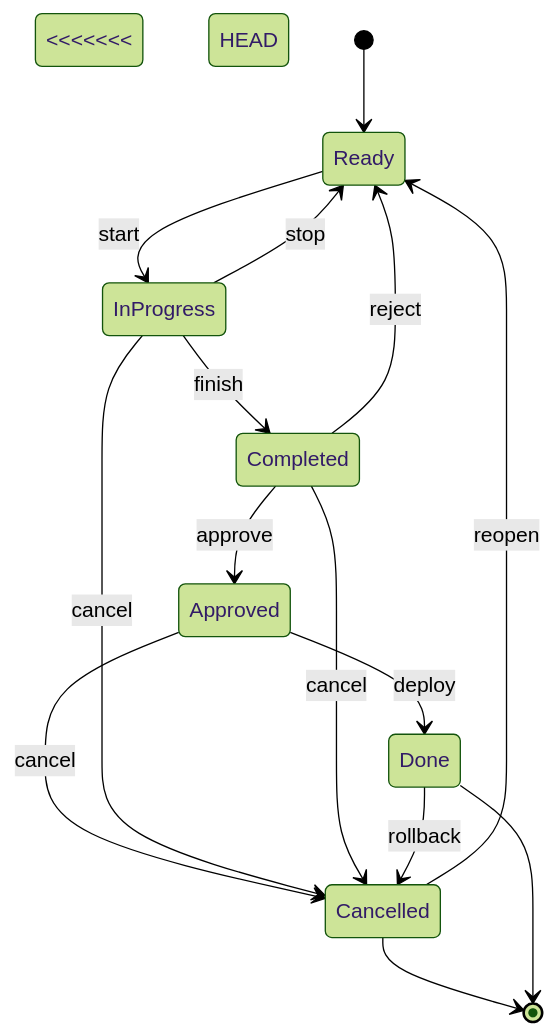
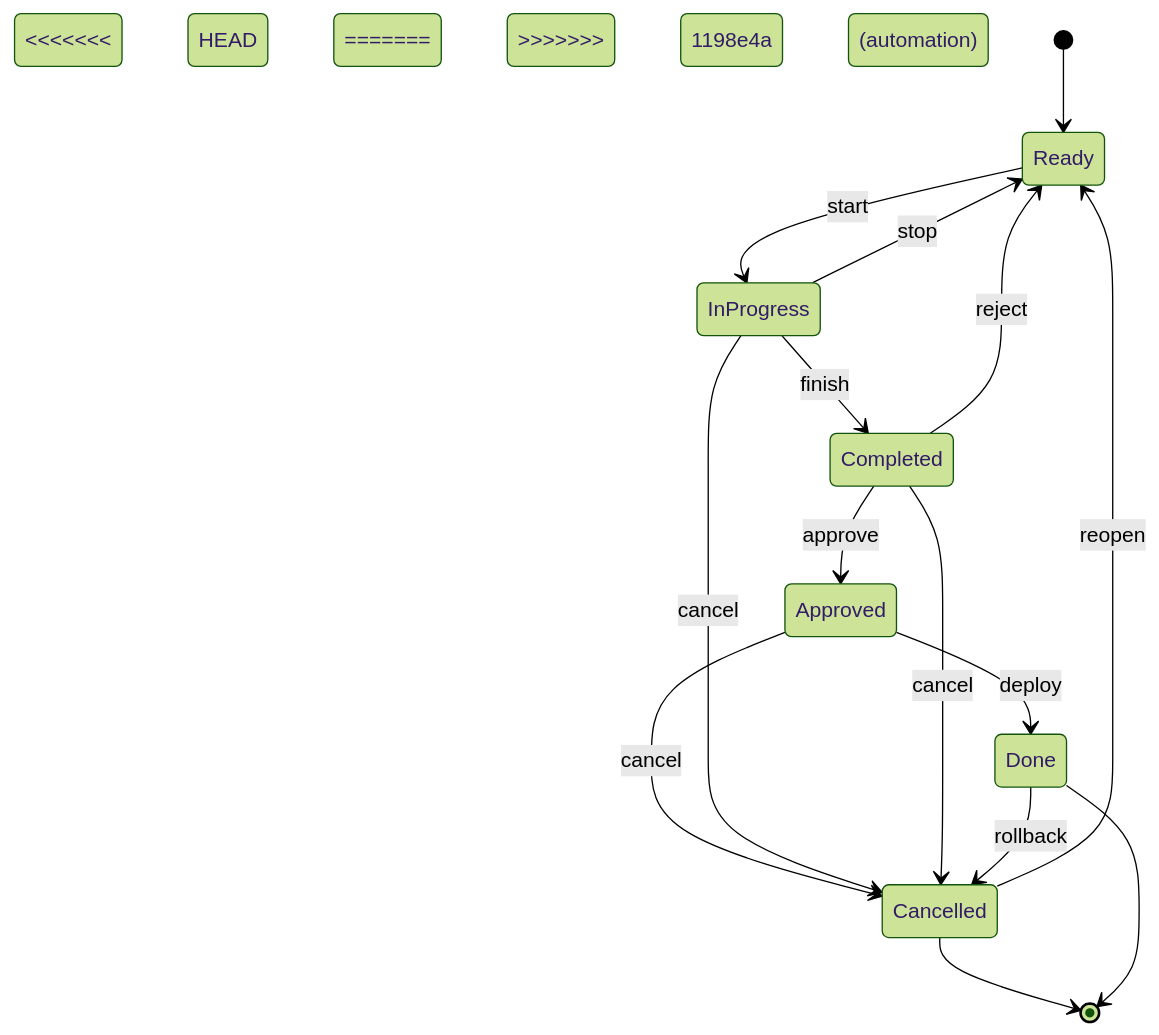
One commit to sebastianclaros/teatime changed the first of 2 diagrams in scripts/automation/index.md. Above: the diagram before and after it, drawn with Mermaid (forest theme). The commit also changed other lines of this file and 10 other files, not shown here.

`````diff
--- a/scripts/automation/index.md
+++ b/scripts/automation/index.md
@@ -35,18 +41,22 @@
 ````mermaid 
 stateDiagram-v2 
 <<<<<<< HEAD
+<<<<<<< HEAD
+=======
+>>>>>>> 1198e4a (automation)
 [*] --> Ready
 Ready --> InProgress : start
 InProgress --> Ready :stop
 InProgress --> Completed : finish
 Completed --> Approved :approve
 Completed --> Ready :reject
 Approved --> Done : deploy
 Approved --> Cancelled : cancel
+<<<<<<< HEAD
 InProgress --> Cancelled : cancel
 Completed --> Cancelled: cancel
 Cancelled --> Ready : reopen
 Cancelled --> [*]
 Done --> [*]
 Done --> Cancelled : rollback
 ````
`````
